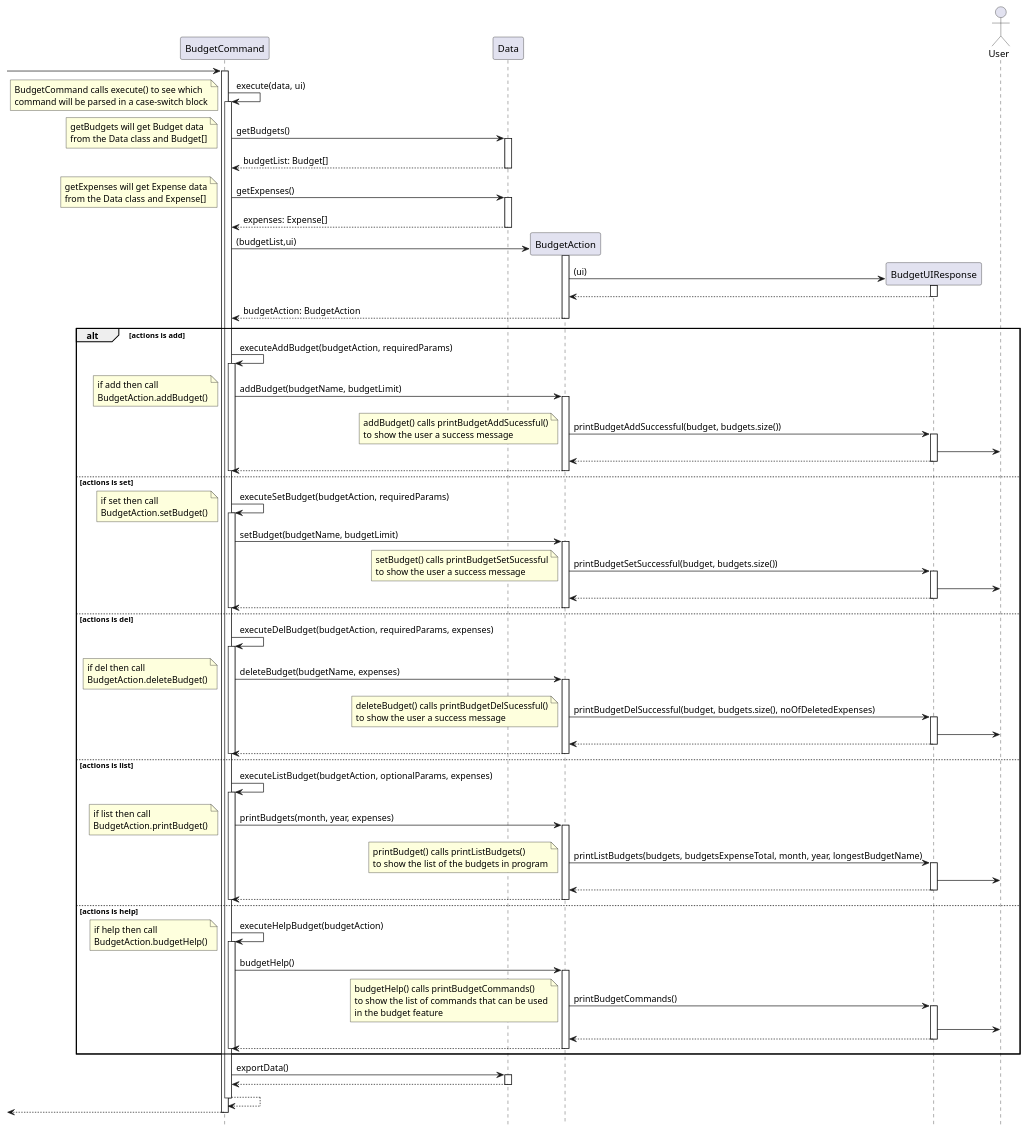
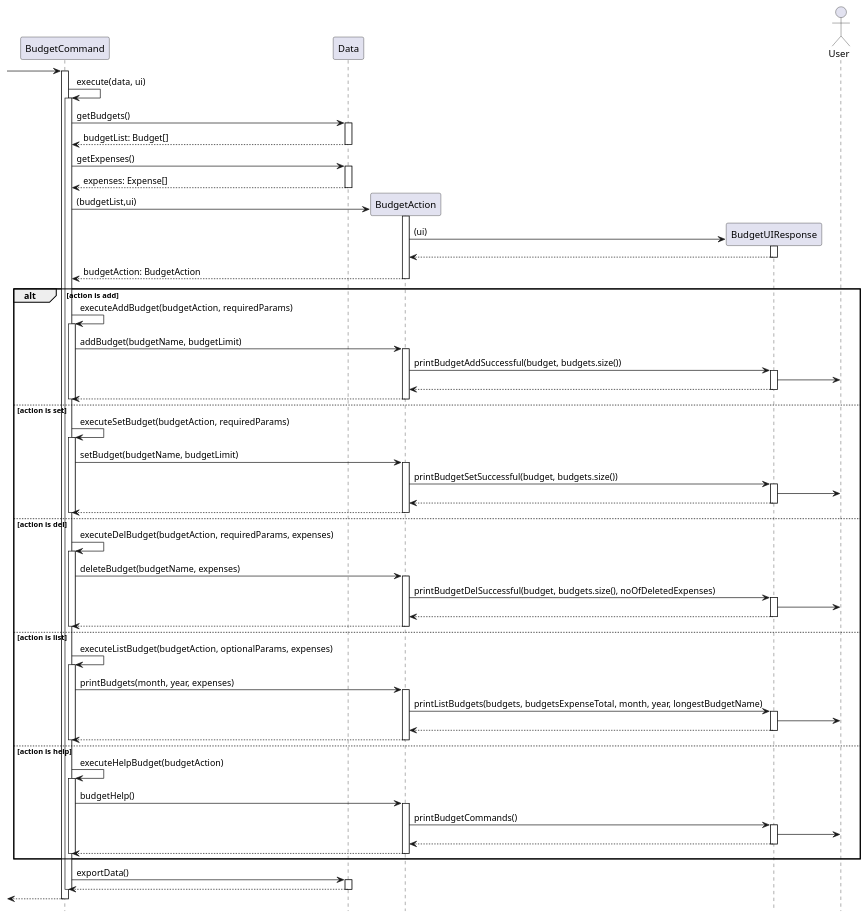
The diagram in docs/diagrams/BudgetCommandSequence.puml (stephenkyang/tp), drawn with PlantUML before and after one commit. The commit also changed 22 other files, not shown here.

Commit message:
Modify sequence diagrams

```diff
--- a/docs/diagrams/BudgetCommandSequence.puml
+++ b/docs/diagrams/BudgetCommandSequence.puml
@@ -1,175 +1,112 @@
 @startuml
+
 hide footbox
 
 participant BudgetCommand
 participant Data
 participant BudgetAction
 participant BudgetUIResponse
 actor User
 
  -> "BudgetCommand":
 
 activate "BudgetCommand"
-
 "BudgetCommand" -> "BudgetCommand": execute(data, ui)
-note left
-    BudgetCommand calls execute() to see which
-    command will be parsed in a case-switch block
- end note
 activate  "BudgetCommand"
 "BudgetCommand" -> "Data": getBudgets()
-note left
-    getBudgets will get Budget data
-    from the Data class and Budget[]
- end note
 activate "Data"
-
 return budgetList: Budget[]
 deactivate "Data"
 
 
 "BudgetCommand" -> "Data": getExpenses()
-note left
-    getExpenses will get Expense data
-    from the Data class and Expense[]
- end note
 activate "Data"
 return expenses: Expense[]
 
-
 "BudgetCommand" -> "BudgetAction" ** : (budgetList,ui)
-
 activate "BudgetAction"
 
 "BudgetAction" -> "BudgetUIResponse" ** : (ui)
 activate "BudgetUIResponse"
 "BudgetUIResponse" --> "BudgetAction"
 deactivate "BudgetUIResponse"
 
 return budgetAction: BudgetAction
 deactivate "BudgetAction"
 
 
-alt actions is add
+alt action is add
 "BudgetCommand" -> "BudgetCommand": executeAddBudget(budgetAction, requiredParams)
 activate "BudgetCommand"
 "BudgetCommand" -> "BudgetAction" : addBudget(budgetName, budgetLimit)
-note left
-    if add then call
-    BudgetAction.addBudget()
- end note
 activate "BudgetAction"
 "BudgetAction" -> "BudgetUIResponse" : printBudgetAddSuccessful(budget, budgets.size())
-note left
-    addBudget() calls printBudgetAddSucessful()
-    to show the user a success message
- end note
 activate "BudgetUIResponse"
 "BudgetUIResponse" -> User
 return
 return
 
 deactivate "BudgetCommand"
 
-else actions is set
-
+else action is set
 "BudgetCommand" -> "BudgetCommand": executeSetBudget(budgetAction, requiredParams)
-note left
-    if set then call
-    BudgetAction.setBudget()
- end note
 activate "BudgetCommand"
 "BudgetCommand" -> "BudgetAction" : setBudget(budgetName, budgetLimit)
-
 activate "BudgetAction"
 "BudgetAction" -> "BudgetUIResponse" : printBudgetSetSuccessful(budget, budgets.size())
-note left
-    setBudget() calls printBudgetSetSucessful
-    to show the user a success message
- end note
 activate "BudgetUIResponse"
 "BudgetUIResponse" -> User
 return
 return
 
 deactivate "BudgetCommand"
 
-else actions is del
+else action is del
 "BudgetCommand" -> "BudgetCommand": executeDelBudget(budgetAction, requiredParams, expenses)
 activate "BudgetCommand"
 "BudgetCommand" -> "BudgetAction" : deleteBudget(budgetName, expenses)
-note left
-    if del then call
-    BudgetAction.deleteBudget()
- end note
 activate "BudgetAction"
 "BudgetAction" -> "BudgetUIResponse" : printBudgetDelSuccessful(budget, budgets.size(), noOfDeletedExpenses)
-note left
-    deleteBudget() calls printBudgetDelSucessful()
-    to show the user a success message
- end note
 activate "BudgetUIResponse"
 "BudgetUIResponse" -> User
 return
 return
 
 deactivate "BudgetCommand"
 
-else actions is list
+else action is list
 "BudgetCommand" -> "BudgetCommand": executeListBudget(budgetAction, optionalParams, expenses)
 activate "BudgetCommand"
 "BudgetCommand" -> "BudgetAction" : printBudgets(month, year, expenses)
-note left
-    if list then call
-    BudgetAction.printBudget()
- end note
 activate "BudgetAction"
 "BudgetAction" -> "BudgetUIResponse" : printListBudgets(budgets, budgetsExpenseTotal, month, year, longestBudgetName)
-note left
-    printBudget() calls printListBudgets()
-    to show the list of the budgets in program
- end note
 activate "BudgetUIResponse"
 "BudgetUIResponse" -> User
 return
 return
 
 deactivate "BudgetCommand"
 
-else actions is help
+else action is help
 "BudgetCommand" -> "BudgetCommand": executeHelpBudget(budgetAction)
-note left
-    if help then call
-    BudgetAction.budgetHelp()
- end note
 activate "BudgetCommand"
 "BudgetCommand" -> "BudgetAction" : budgetHelp()
 activate "BudgetAction"
 "BudgetAction" -> "BudgetUIResponse" : printBudgetCommands()
-note left
-    budgetHelp() calls printBudgetCommands()
-    to show the list of commands that can be used
-    in the budget feature
- end note
 activate "BudgetUIResponse"
 "BudgetUIResponse" -> User
 return
 return
 
 deactivate "BudgetCommand"
 end
 
 "BudgetCommand" -> "Data": exportData()
 activate "Data"
 return
 deactivate "Data"
-"BudgetCommand" --> "BudgetCommand"
+
 deactivate "BudgetCommand"
-
-
-
-<-- "BudgetCommand"
+ <-- "BudgetCommand":
 deactivate "BudgetCommand"
-
-
 @enduml
```
